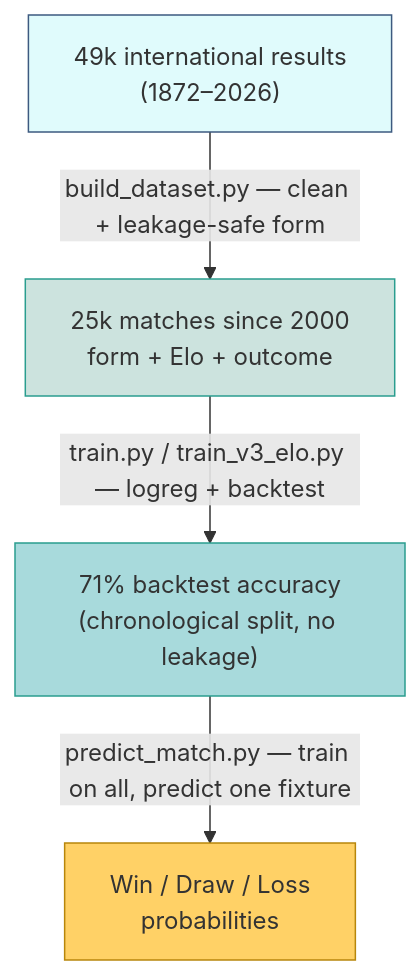
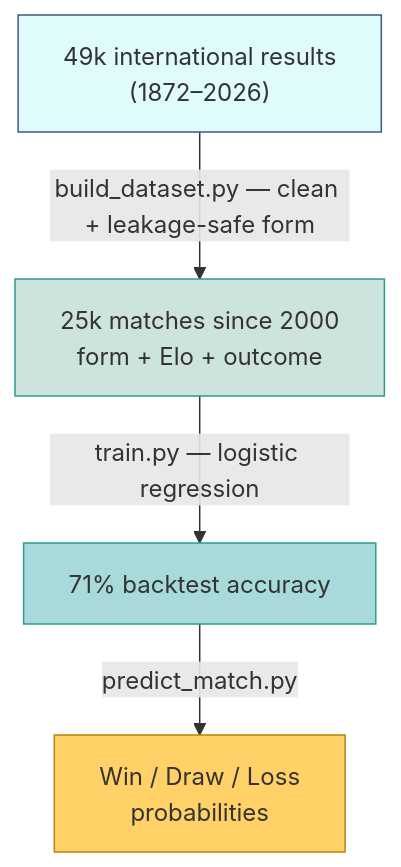
Before and after one commit to djessicatony/wc2026: the diagram in README.md, drawn with Mermaid. The commit also changed other lines of this file, not shown here.

````diff
--- a/README.md
+++ b/README.md
@@ -45,14 +38,14 @@
 ```mermaid
 flowchart TD
     A["49k international results<br/>(1872–2026)"]
     B["25k matches since 2000<br/>form + Elo + outcome"]
-    C["71% backtest accuracy<br/>(chronological split, no leakage)"]
+    C["71% backtest accuracy"]
     D["Win / Draw / Loss<br/>probabilities"]
     A -->|"build_dataset.py — clean + leakage-safe form"| B
-    B -->|"train.py / train_v3_elo.py — logreg + backtest"| C
-    C -->|"predict_match.py — train on all, predict one fixture"| D
+    B -->|"train.py — logistic regression"| C
+    C -->|"predict_match.py"| D
     style A fill:#e0fbfc,stroke:#3d5a80
     style B fill:#cce3de,stroke:#2a9d8f
     style C fill:#a8dadc,stroke:#2a9d8f
     style D fill:#ffd166,stroke:#b8860b
 ```
````
